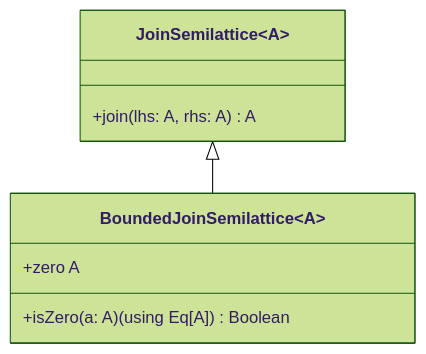
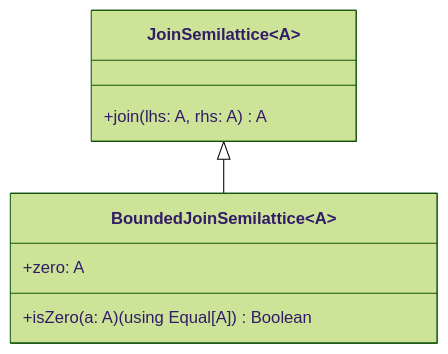
Before and after one commit to artemkorsakov/scalabook: the diagram in docs/typeclass/lattice/bounded-join-semilattice.md, drawn with Mermaid (forest theme). The commit also changed other lines of this file and 3 other files, not shown here.

````diff
--- a/docs/typeclass/lattice/bounded-join-semilattice.md
+++ b/docs/typeclass/lattice/bounded-join-semilattice.md
@@ -68,12 +68,12 @@
 ```mermaid
 classDiagram
     class JoinSemilattice~A~ {
         +join(lhs: A, rhs: A) A
     }
     class BoundedJoinSemilattice~A~ {
-        +zero A
-        +isZero(a: A)(using Eq[A]) Boolean
+        +zero: A
+        +isZero(a: A)(using Equal[A]) Boolean
     }
 
     JoinSemilattice <|-- BoundedJoinSemilattice
 ```
````
